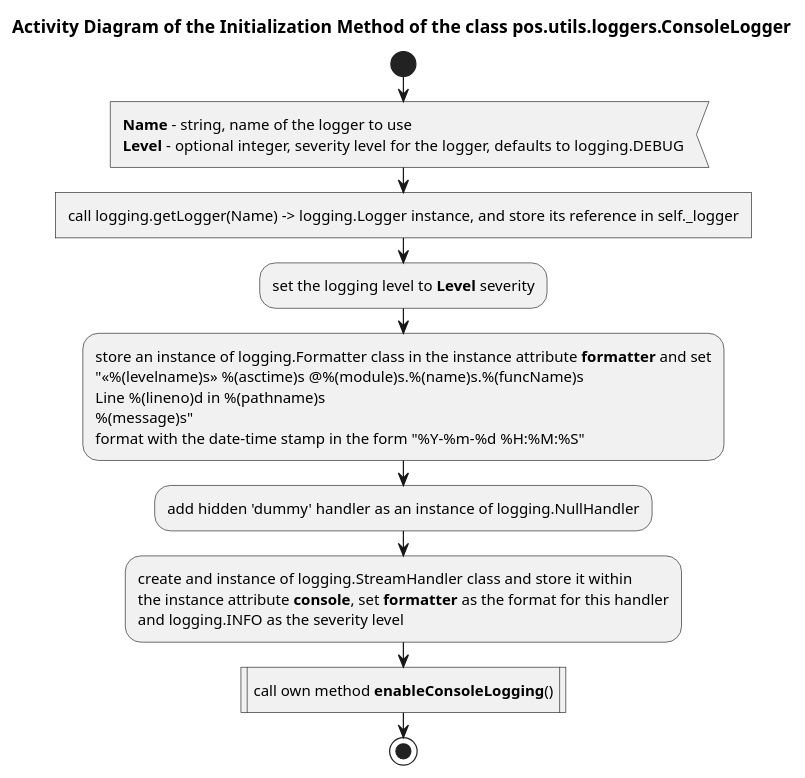
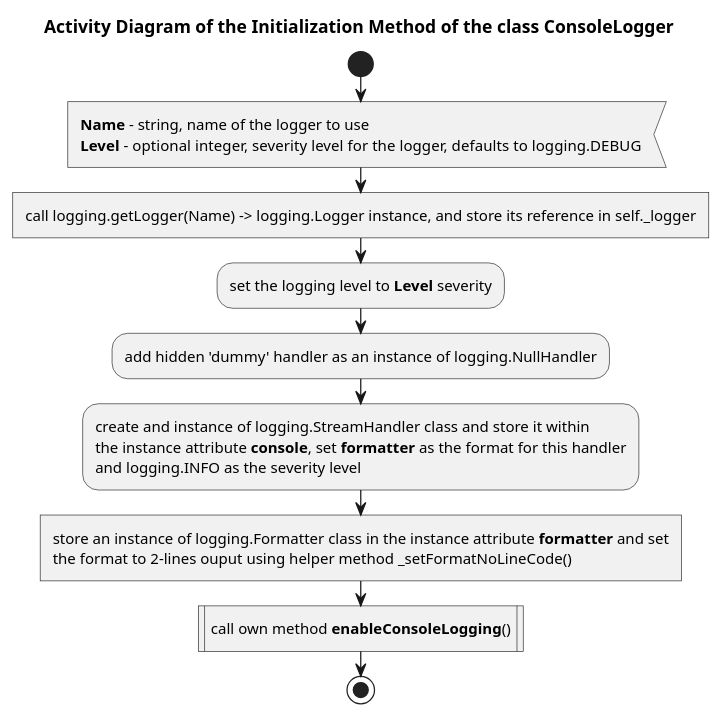
The diagram in Docs/UML/utils/loggers_py/ConsoleLogger Initialization Activity.pu (FooBarShebang/pos), drawn with PlantUML before and after one commit. The commit also changed 25 other files, not shown here.

Commit message:
refactored utils/loggers module + documentation

```diff
--- a/Docs/UML/utils/loggers_py/ConsoleLogger Initialization Activity.pu
+++ b/Docs/UML/utils/loggers_py/ConsoleLogger Initialization Activity.pu
@@ -1,30 +1,27 @@
 @startuml
 
-title Activity Diagram of the Initialization Method of the class pos.utils.loggers.ConsoleLogger
+title Activity Diagram of the Initialization Method of the class ConsoleLogger
 
 start
 
 :<b>Name</b> - string, name of the logger to use
 <b>Level</b> - optional integer, severity level for the logger, defaults to logging.DEBUG<
 
 :call logging.getLogger(Name) -> logging.Logger instance, and store its reference in self._logger]
 
 :set the logging level to <b>Level</b> severity;
 
-:store an instance of logging.Formatter class in the instance attribute <b>formatter</b> and set
-"<<%(levelname)s>> %(asctime)s @%(module)s.%(name)s.%(funcName)s
-Line %(lineno)d in %(pathname)s
-%(message)s"
-format with the date-time stamp in the form "%Y-%m-%d %H:%M:%S";
-
 :add hidden 'dummy' handler as an instance of logging.NullHandler;
 
 :create and instance of logging.StreamHandler class and store it within
 the instance attribute <b>console</b>, set <b>formatter</b> as the format for this handler
 and logging.INFO as the severity level;
 
+:store an instance of logging.Formatter class in the instance attribute <b>formatter</b> and set
+the format to 2-lines ouput using helper method _setFormatNoLineCode()]
+
 :call own method <b>enableConsoleLogging</b>()|
 
 stop
 
 @enduml
```
